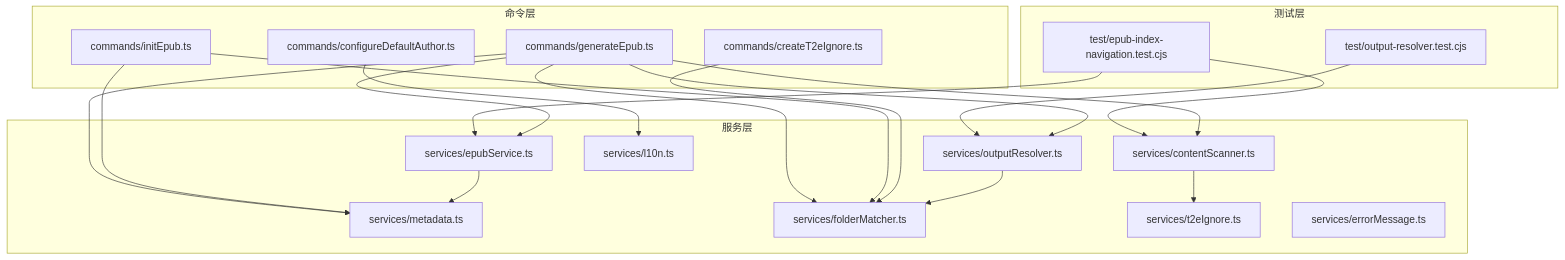
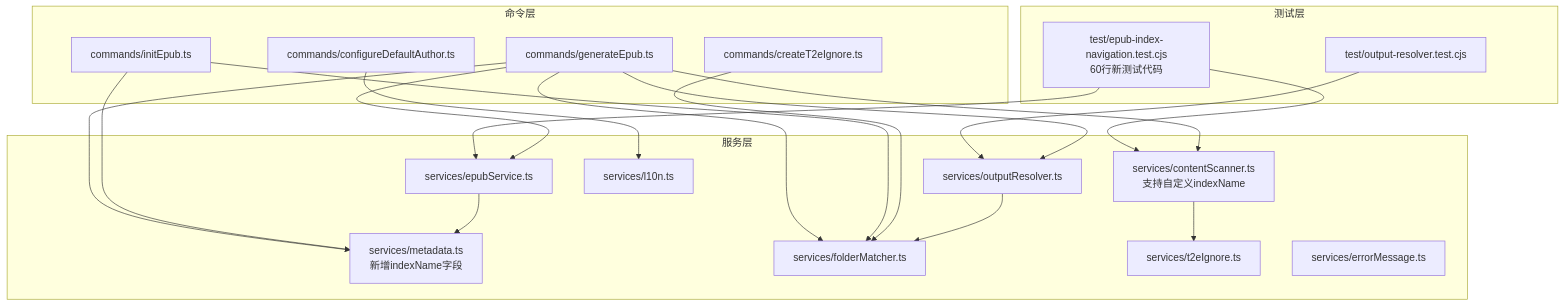
One commit to someok/vscode-folder2epub changed the first of 6 diagrams in .qoder/repowiki/zh/content/开发者指南/测试指南.md. Above: the diagram before and after it, drawn with Mermaid. The commit also changed other lines of this file and 4 other files, not shown here.

````diff
--- a/.qoder/repowiki/zh/content/开发者指南/测试指南.md
+++ b/.qoder/repowiki/zh/content/开发者指南/测试指南.md
@@ -44,38 +53,38 @@
 ```mermaid
 graph TB
 subgraph "测试层"
-T1["test/epub-index-navigation.test.cjs"]
+T1["test/epub-index-navigation.test.cjs<br/>60行新测试代码"]
 T2["test/output-resolver.test.cjs"]
 end
 subgraph "命令层"
 C1["commands/generateEpub.ts"]
 C2["commands/initEpub.ts"]
 C3["commands/createT2eIgnore.ts"]
 C4["commands/configureDefaultAuthor.ts"]
 end
 subgraph "服务层"
-S1["services/contentScanner.ts"]
+S1["services/contentScanner.ts<br/>支持自定义indexName"]
 S2["services/epubService.ts"]
 S3["services/outputResolver.ts"]
-S4["services/metadata.ts"]
+S4["services/metadata.ts<br/>新增indexName字段"]
 S5["services/folderMatcher.ts"]
 S6["services/t2eIgnore.ts"]
 S7["services/l10n.ts"]
 S8["services/errorMessage.ts"]
 end
 T1 --> S1
 T1 --> S2
 T2 --> S3
 C1 --> S1
 C1 --> S2
 C1 --> S3
 C1 --> S4
 C1 --> S5
 C2 --> S4
 C2 --> S5
 C3 --> S5
 C4 --> S7
 S1 --> S6
 S2 --> S4
 S3 --> S5
 ```
````
